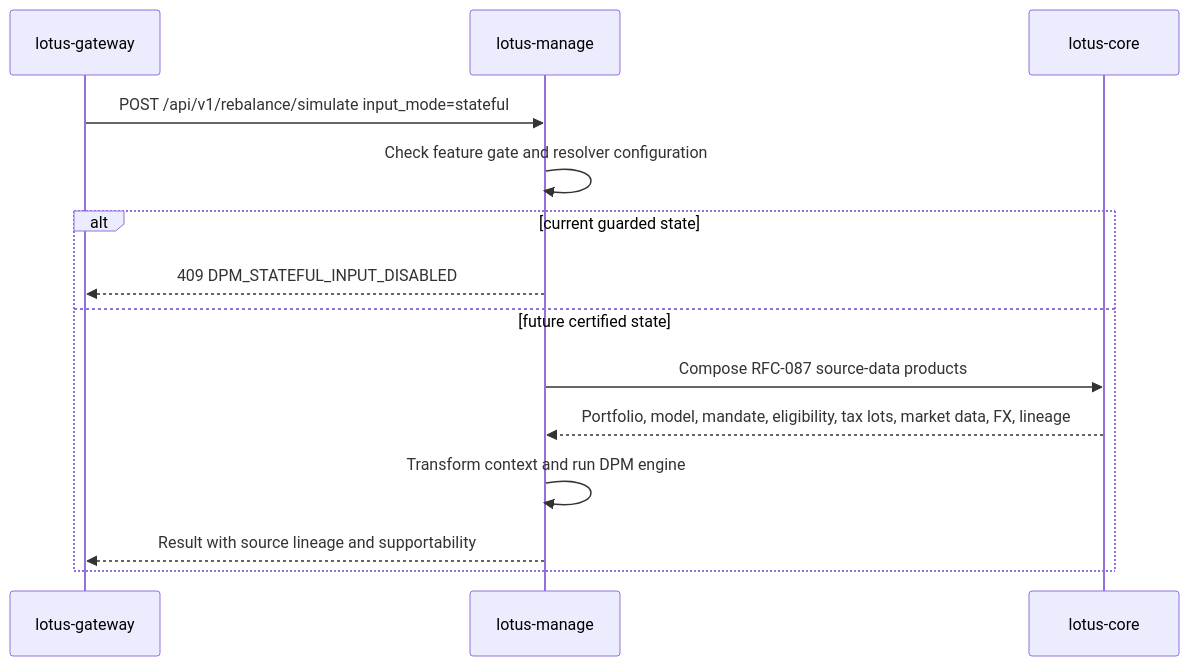
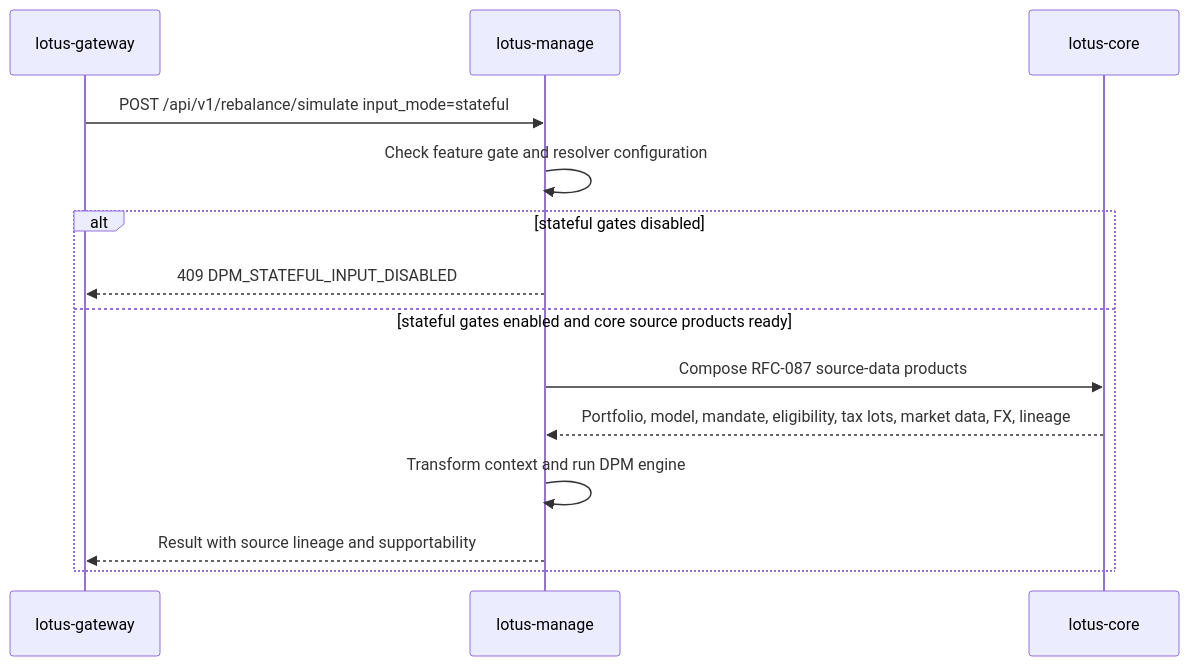
One commit to sgajbi/lotus-manage changed the diagram in wiki/Integrations.md. Above: the diagram before and after it, drawn with Mermaid. The commit also changed other lines of this file and 14 other files, not shown here.

Commit message:
feat: prove stateful core sourcing

````diff
--- a/wiki/Integrations.md
+++ b/wiki/Integrations.md
@@ -24,16 +24,16 @@
 ```mermaid
 sequenceDiagram
     participant Gateway as lotus-gateway
     participant Manage as lotus-manage
     participant Core as lotus-core
     Gateway->>Manage: POST /api/v1/rebalance/simulate input_mode=stateful
     Manage->>Manage: Check feature gate and resolver configuration
-    alt current guarded state
+    alt stateful gates disabled
         Manage-->>Gateway: 409 DPM_STATEFUL_INPUT_DISABLED
-    else future certified state
+    else stateful gates enabled and core source products ready
         Manage->>Core: Compose RFC-087 source-data products
         Core-->>Manage: Portfolio, model, mandate, eligibility, tax lots, market data, FX, lineage
         Manage->>Manage: Transform context and run DPM engine
         Manage-->>Gateway: Result with source lineage and supportability
     end
 ```
````
